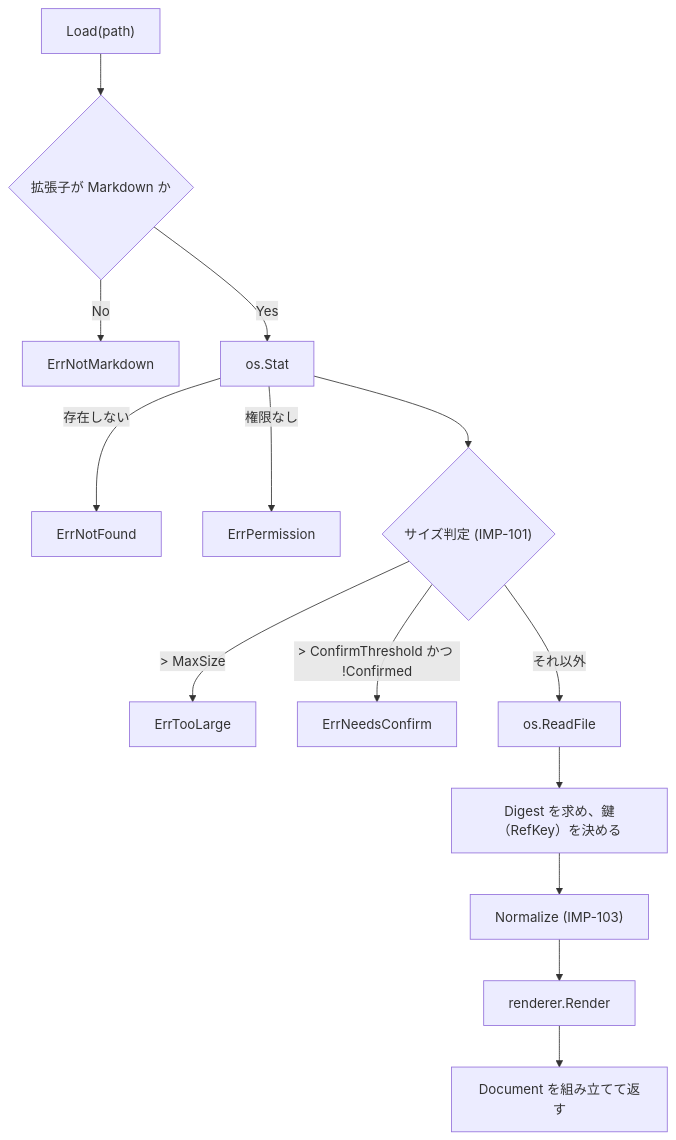
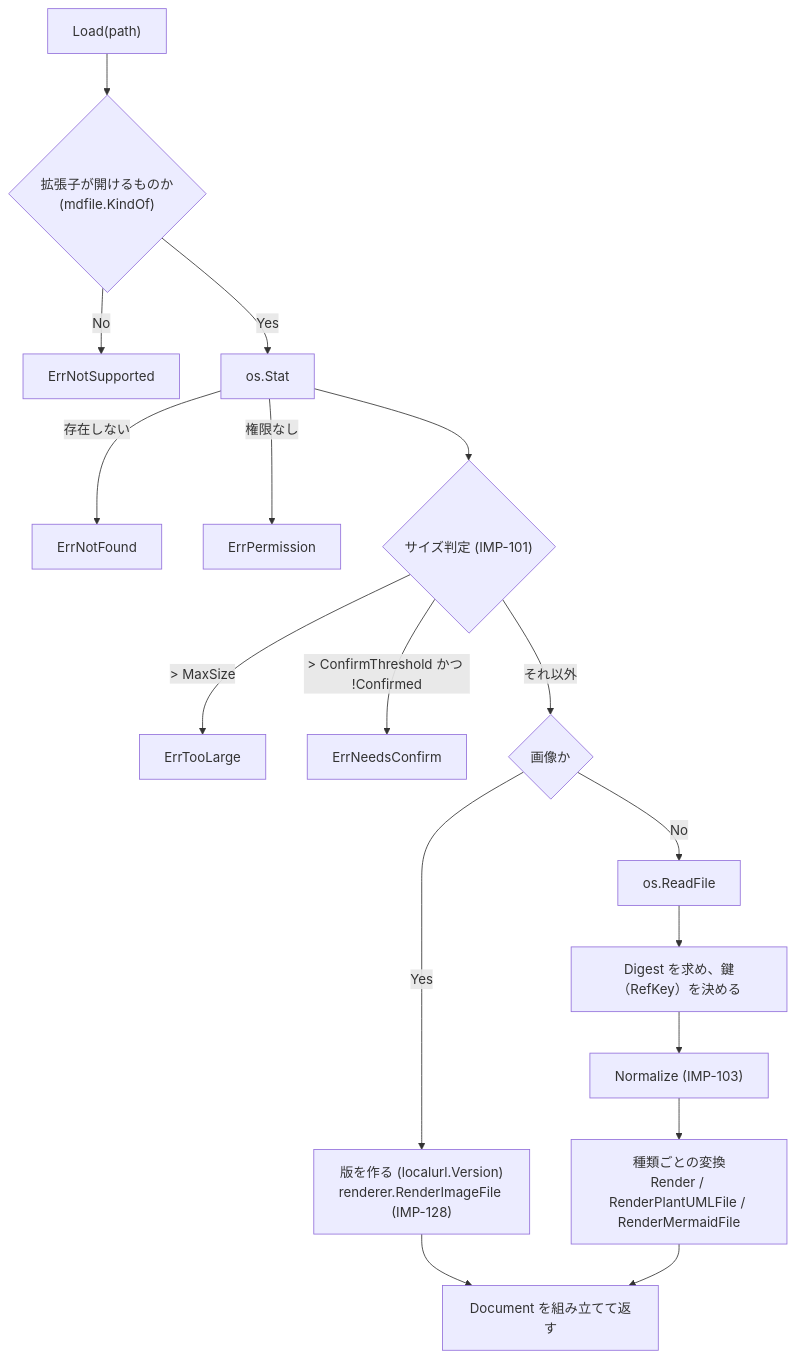
One commit to kznagamori/go_MarkView changed the diagram in docs/specs/11-impl-backend.md. Above: the diagram before and after it, drawn with Mermaid. The commit also changed other lines of this file and 11 other files, not shown here.

````diff
--- a/docs/specs/11-impl-backend.md
+++ b/docs/specs/11-impl-backend.md
@@ -109,16 +169,19 @@
 ```mermaid
 flowchart TD
-    A["Load(path)"] --> B{"拡張子が Markdown か"}
-    B -->|No| E1["ErrNotMarkdown"]
+    A["Load(path)"] --> B{"拡張子が開けるものか<br/>(mdfile.KindOf)"}
+    B -->|No| E1["ErrNotSupported"]
     B -->|Yes| C["os.Stat"]
     C -->|存在しない| E2["ErrNotFound"]
     C -->|権限なし| E3["ErrPermission"]
     C --> D{"サイズ判定 (IMP-101)"}
     D -->|"> MaxSize"| E4["ErrTooLarge"]
     D -->|"> ConfirmThreshold かつ !Confirmed"| E5["ErrNeedsConfirm"]
-    D -->|それ以外| F["os.ReadFile"]
+    D -->|それ以外| J{"画像か"}
+    J -->|Yes| L["版を作る (localurl.Version)<br/>renderer.RenderImageFile (IMP-128)"]
+    L --> I
+    J -->|No| F["os.ReadFile"]
     F --> K["Digest を求め、鍵（RefKey）を決める"]
     K --> G["Normalize (IMP-103)"]
-    G --> H["renderer.Render"]
+    G --> H["種類ごとの変換<br/>Render / RenderPlantUMLFile / RenderMermaidFile"]
     H --> I["Document を組み立てて返す"]
 ```
````
